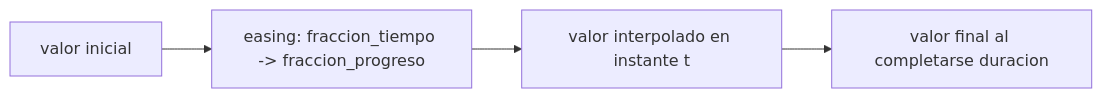
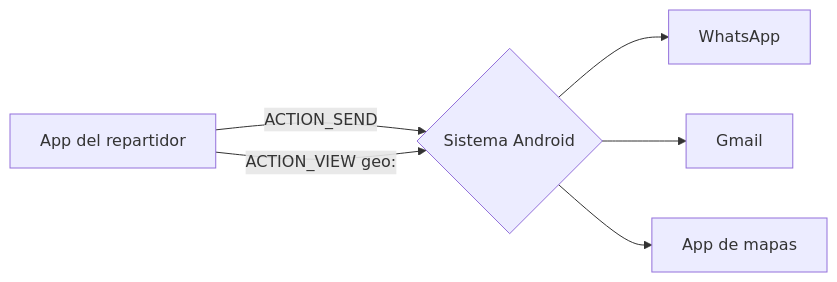
Before and after one commit to NICORUIZ93/The_Imperial_Book: the second of 22 diagrams in web/public/content/android/modulo-14.md, drawn with Mermaid. The commit also changed other lines of this file and 305 other files, not shown here.

````diff
--- a/web/public/content/android/modulo-14.md
+++ b/web/public/content/android/modulo-14.md
@@ -310,6 +43,8 @@
 ```mermaid
 flowchart LR
-  A[valor inicial] --> B[easing: fraccion_tiempo -> fraccion_progreso]
-  B --> C[valor interpolado en instante t]
-  C --> D[valor final al completarse duracion]
+    A[App del repartidor] -- ACTION_SEND --> S{Sistema Android}
+    S --> W[WhatsApp]
+    S --> G[Gmail]
+    A -- ACTION_VIEW geo: --> S
+    S --> M[App de mapas]
 ```
````
